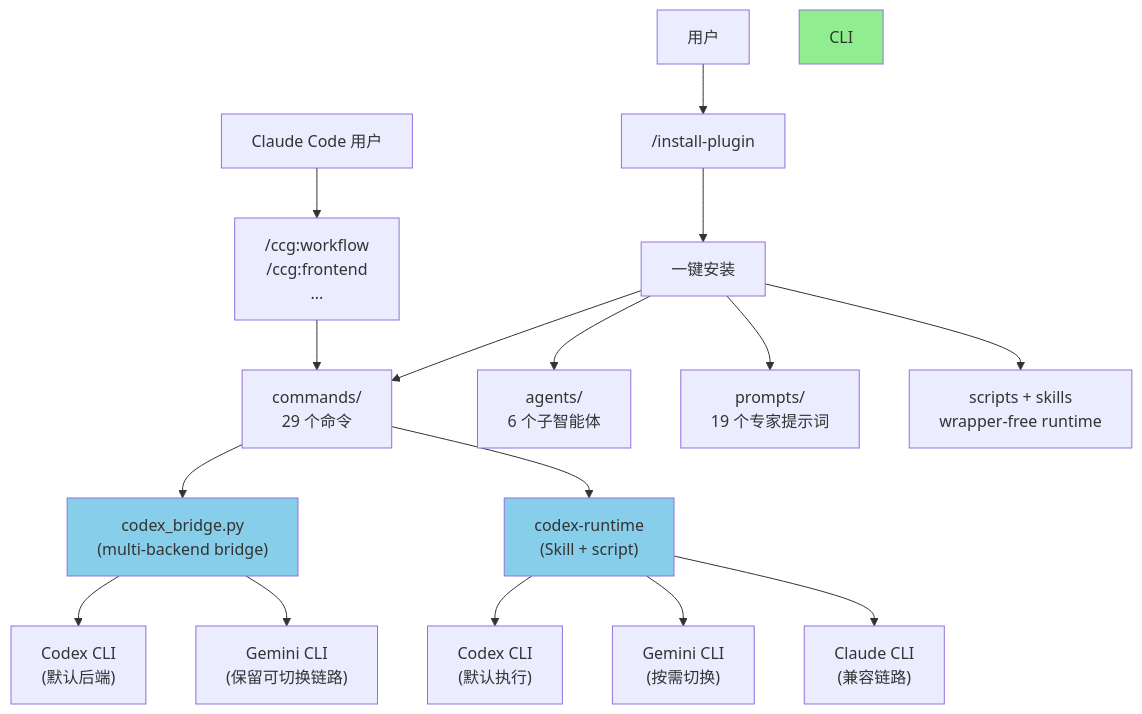
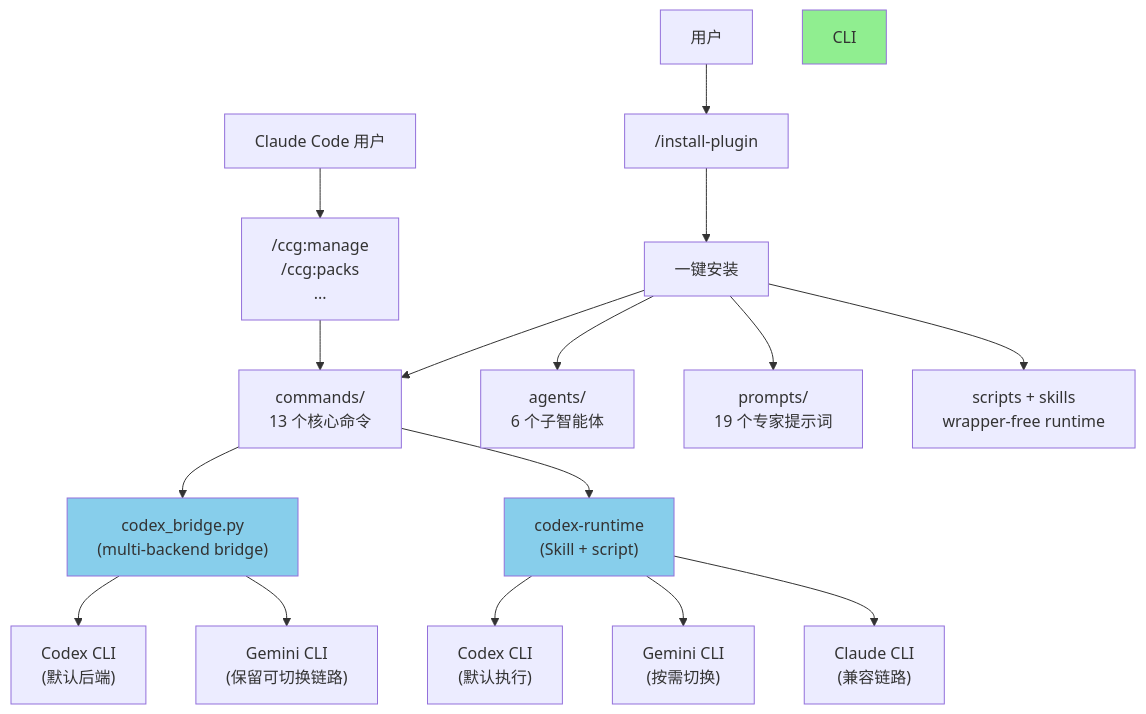
Before and after one commit to 13210541230/ccg-workflow: the first of 2 diagrams in CLAUDE.md, drawn with Mermaid. The commit also changed other lines of this file and 33 other files, not shown here.

````diff
--- a/CLAUDE.md
+++ b/CLAUDE.md
@@ -148,25 +155,25 @@
 ```mermaid
 graph TD
     User["用户"] --> Plugin["/install-plugin"]
     Plugin --> Init["一键安装"]
 
-    Init --> Commands["commands/<br/>29 个命令"]
+    Init --> Commands["commands/<br/>13 个核心命令"]
     Init --> Agents["agents/<br/>6 个子智能体"]
     Init --> Prompts["prompts/<br/>19 个专家提示词"]
     Init --> Runtime["scripts + skills<br/>wrapper-free runtime"]
 
-    User2["Claude Code 用户"] --> SlashCmd["/ccg:workflow<br/>/ccg:frontend<br/>..."]
+    User2["Claude Code 用户"] --> SlashCmd["/ccg:manage<br/>/ccg:packs<br/>..."]
     SlashCmd --> Commands
 
     Commands --> Bridge["codex_bridge.py<br/>(multi-backend bridge)"]
     Commands --> Skill["codex-runtime<br/>(Skill + script)"]
     Bridge --> Codex["Codex CLI<br/>(默认后端)"]
     Bridge --> Gemini["Gemini CLI<br/>(保留可切换链路)"]
     Skill --> Codex2["Codex CLI<br/>(默认执行)"]
     Skill --> Gemini2["Gemini CLI<br/>(按需切换)"]
     Skill --> Claude2["Claude CLI<br/>(兼容链路)"]
 
     style CLI fill:#90EE90
     style Bridge fill:#87CEEB
     style Skill fill:#87CEEB
 ```
````
